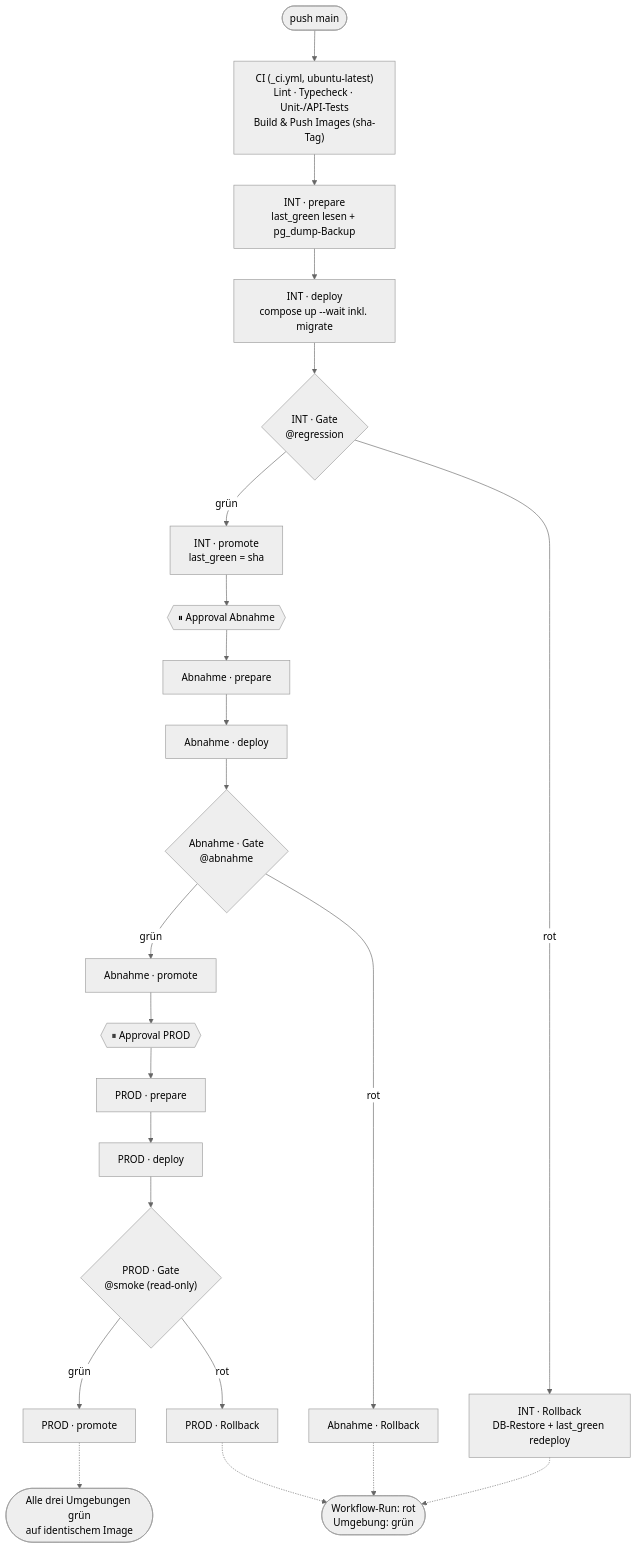
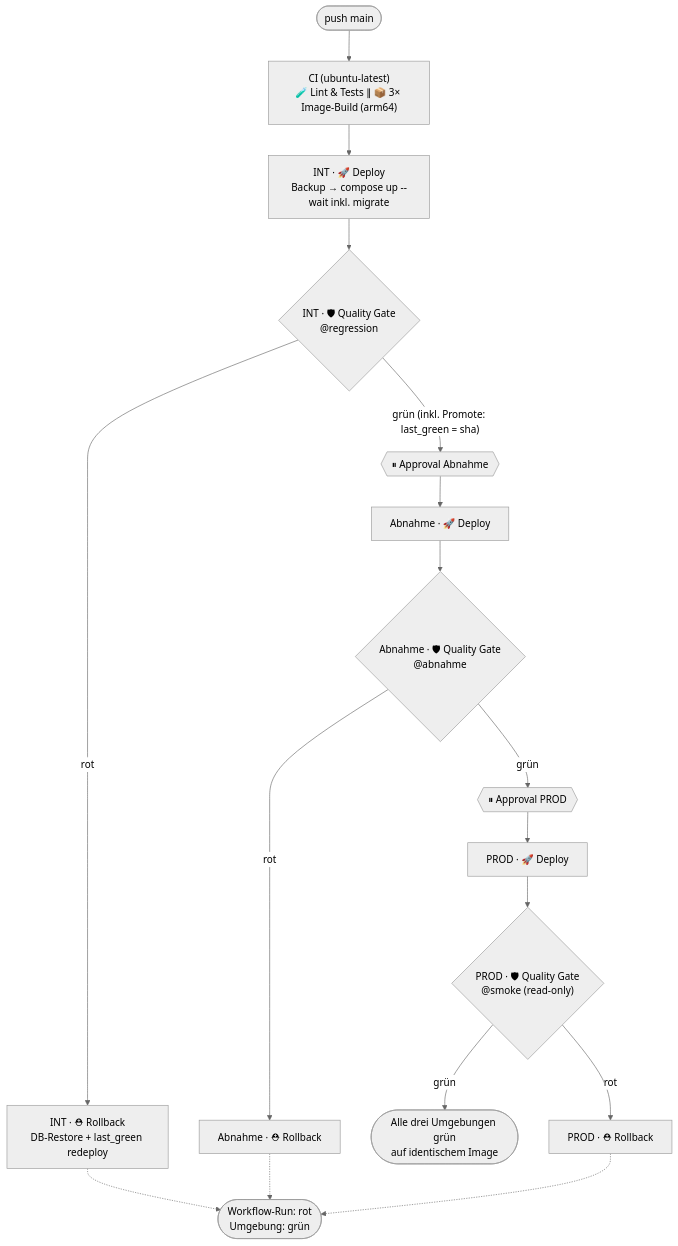
One commit to gosim/NextGen-CICD changed the second of 2 diagrams in docs/architecture.md. Above: the diagram before and after it, drawn with Mermaid (neutral theme). The commit also changed other lines of this file and 6 other files, not shown here.

````diff
--- a/docs/architecture.md
+++ b/docs/architecture.md
@@ -87,29 +87,23 @@
 ```mermaid
 flowchart TD
-    PUSH(["push main"]) --> CI["CI (_ci.yml, ubuntu-latest)<br/>Lint · Typecheck · Unit-/API-Tests<br/>Build & Push Images (sha-Tag)"]
+    PUSH(["push main"]) --> CI["CI (ubuntu-latest)<br/>🧪 Lint & Tests ∥ 📦 3× Image-Build (arm64)"]
 
-    CI --> P1["INT · prepare<br/>last_green lesen + pg_dump-Backup"]
-    P1 --> D1["INT · deploy<br/>compose up --wait inkl. migrate"]
-    D1 --> G1{"INT · Gate<br/>@regression"}
-    G1 -- grün --> PR1["INT · promote<br/>last_green = sha"]
-    G1 -- rot --> RB1["INT · Rollback<br/>DB-Restore + last_green redeploy"]
+    CI --> D1["INT · 🚀 Deploy<br/>Backup → compose up --wait inkl. migrate"]
+    D1 --> G1{"INT · 🛡 Quality Gate<br/>@regression"}
+    G1 -- "grün (inkl. Promote: last_green = sha)" --> APP1{{"⏸ Approval Abnahme"}}
+    G1 -- rot --> RB1["INT · ⛑ Rollback<br/>DB-Restore + last_green redeploy"]
 
-    PR1 --> APP1{{"⏸ Approval Abnahme"}}
-    APP1 --> P2["Abnahme · prepare"]
-    P2 --> D2["Abnahme · deploy"]
-    D2 --> G2{"Abnahme · Gate<br/>@abnahme"}
-    G2 -- grün --> PR2["Abnahme · promote"]
-    G2 -- rot --> RB2["Abnahme · Rollback"]
+    APP1 --> D2["Abnahme · 🚀 Deploy"]
+    D2 --> G2{"Abnahme · 🛡 Quality Gate<br/>@abnahme"}
+    G2 -- grün --> APP2{{"⏸ Approval PROD"}}
+    G2 -- rot --> RB2["Abnahme · ⛑ Rollback"]
 
-    PR2 --> APP2{{"⏸ Approval PROD"}}
-    APP2 --> P3["PROD · prepare"]
-    P3 --> D3["PROD · deploy"]
-    D3 --> G3{"PROD · Gate<br/>@smoke (read-only)"}
-    G3 -- grün --> PR3["PROD · promote"]
-    G3 -- rot --> RB3["PROD · Rollback"]
+    APP2 --> D3["PROD · 🚀 Deploy"]
+    D3 --> G3{"PROD · 🛡 Quality Gate<br/>@smoke (read-only)"}
+    G3 -- grün --> ENDE2(["Alle drei Umgebungen grün<br/>auf identischem Image"])
+    G3 -- rot --> RB3["PROD · ⛑ Rollback"]
 
     RB1 -.-> ENDE(["Workflow-Run: rot<br/>Umgebung: grün"])
     RB2 -.-> ENDE
     RB3 -.-> ENDE
-    PR3 -.-> ENDE2(["Alle drei Umgebungen grün<br/>auf identischem Image"])
 ```
````
